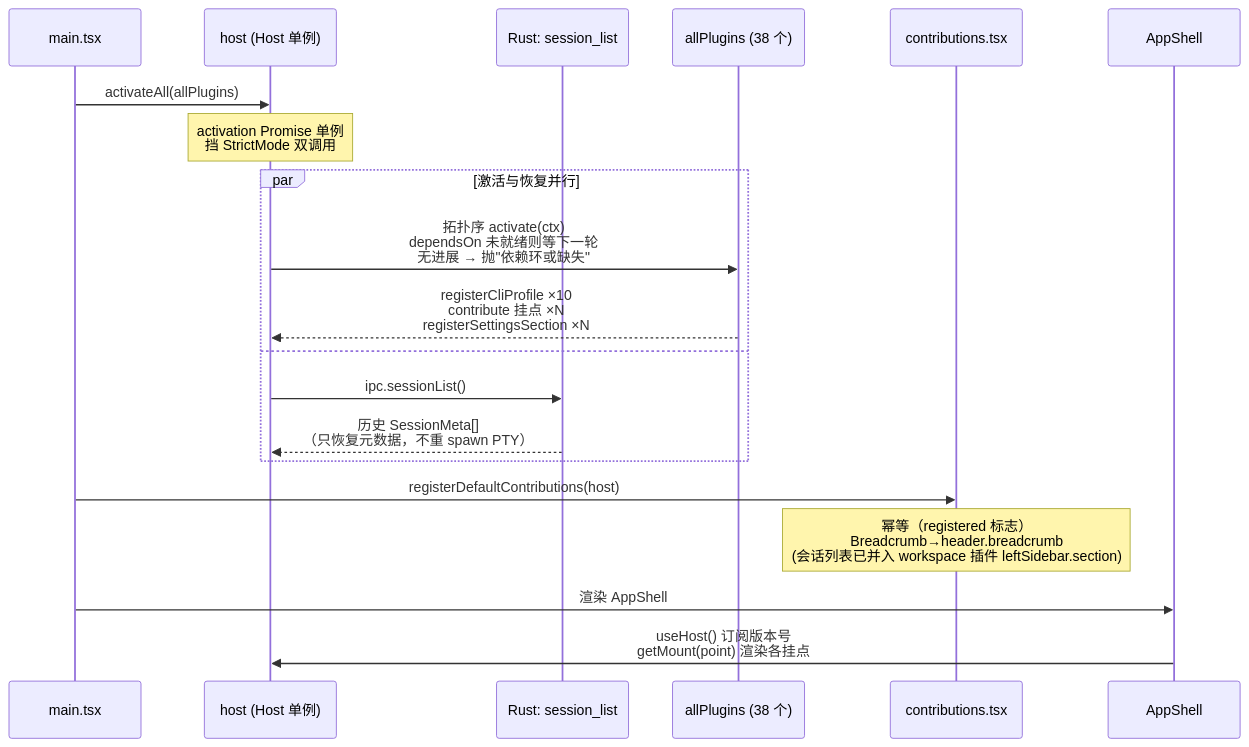
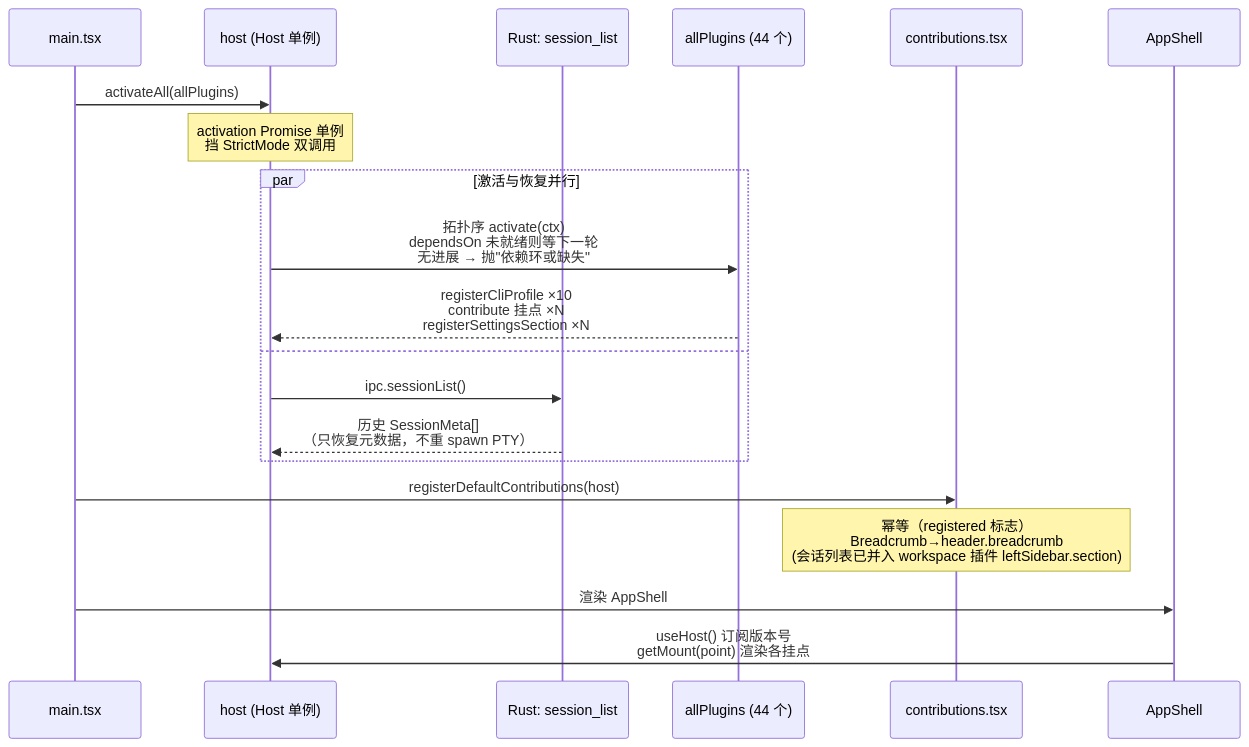
One commit to chenxiangning/tmd-cli changed the second of 8 diagrams in docs/architecture/02-code-architecture.md. Above: the diagram before and after it, drawn with Mermaid. The commit also changed other lines of this file and 26 other files, not shown here.

````diff
--- a/docs/architecture/02-code-architecture.md
+++ b/docs/architecture/02-code-architecture.md
@@ -144,23 +144,23 @@
 ```mermaid
 sequenceDiagram
     participant M as main.tsx
     participant H as host (Host 单例)
     participant R as Rust: session_list
-    participant P as allPlugins (38 个)
+    participant P as allPlugins (44 个)
     participant C as contributions.tsx
     participant A as AppShell
 
     M->>H: activateAll(allPlugins)
     Note over H: activation Promise 单例<br/>挡 StrictMode 双调用
     par 激活与恢复并行
         H->>P: 拓扑序 activate(ctx)<br/>dependsOn 未就绪则等下一轮<br/>无进展 → 抛"依赖环或缺失"
         P-->>H: registerCliProfile ×10<br/>contribute 挂点 ×N<br/>registerSettingsSection ×N
     and
         H->>R: ipc.sessionList()
         R-->>H: 历史 SessionMeta[]<br/>（只恢复元数据，不重 spawn PTY）
     end
     M->>C: registerDefaultContributions(host)
     Note over C: 幂等（registered 标志）<br/>Breadcrumb→header.breadcrumb<br/>(会话列表已并入 workspace 插件 leftSidebar.section)
     M->>A: 渲染 AppShell
     A->>H: useHost() 订阅版本号<br/>getMount(point) 渲染各挂点
 ```
````
